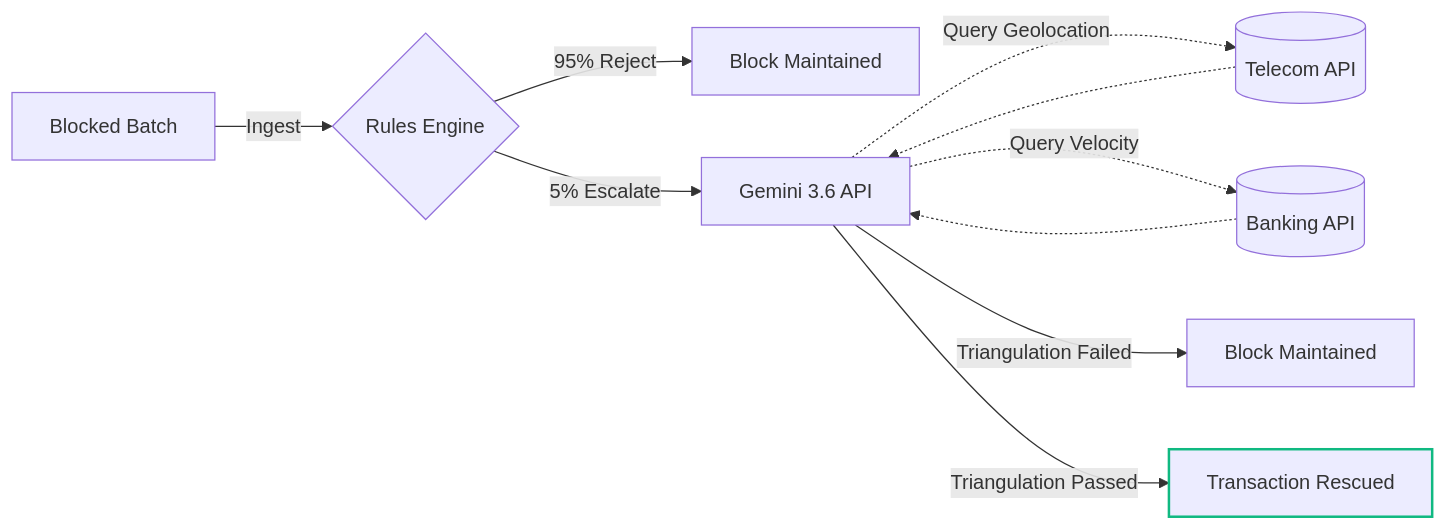
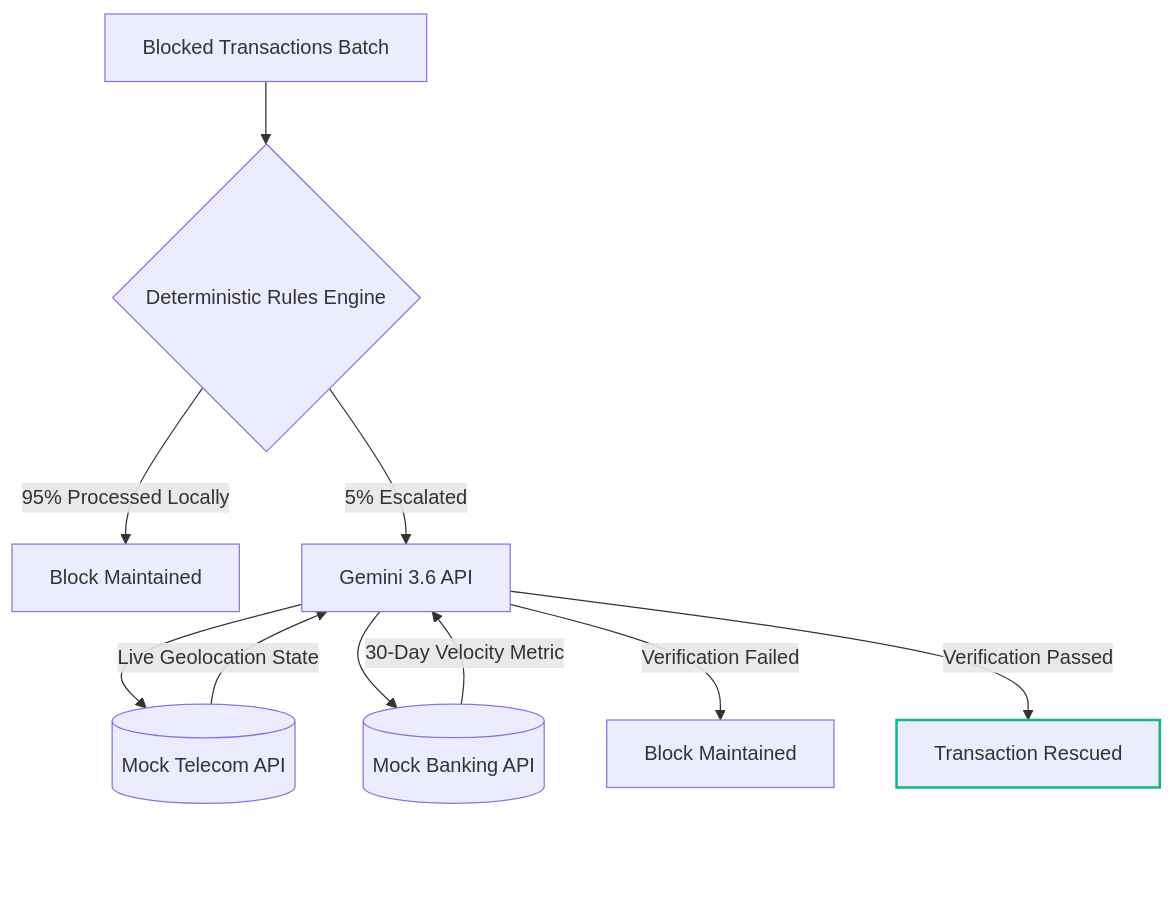
The diagram in README.md (aroradipraa/false-positive-rescue), drawn with Mermaid before and after one commit.

Commit message:
docs: restore flowchart layout and add padding to fix GitHub UI overlap

````diff
--- a/README.md
+++ b/README.md
@@ -33,16 +33,20 @@
 ```mermaid
-graph LR
-    A[Blocked Batch] -->|Ingest| B{Rules Engine}
-    B -->|95% Reject| C[Block Maintained]
-    B -->|5% Escalate| D[Gemini 3.6 API]
+graph TD
+    A[Blocked Transactions Batch] --> B{Deterministic Rules Engine}
+    B -- 95% Processed Locally --> C[Block Maintained]
+    B -- 5% Escalated --> D[Gemini 3.6 API]
     
-    D -.->|Query Geolocation| E[(Telecom API)]
-    D -.->|Query Velocity| F[(Banking API)]
-    E -.-> D
-    F -.-> D
+    D --> E[(Mock Telecom API)]
+    D --> F[(Mock Banking API)]
     
-    D -->|Triangulation Failed| G[Block Maintained]
-    D -->|Triangulation Passed| H[Transaction Rescued]
+    E -- Live Geolocation State --> D
+    F -- 30-Day Velocity Metric --> D
     
+    D -- Verification Failed --> G[Block Maintained]
+    D -- Verification Passed --> H[Transaction Rescued]
+    
+    %% Invisible padding to push GitHub's UI buttons away from the text
+    H ~~~ Z[" "]
+    style Z fill:none,stroke:none,color:none
     style H stroke:#10b981,stroke-width:2px
 ```
````
